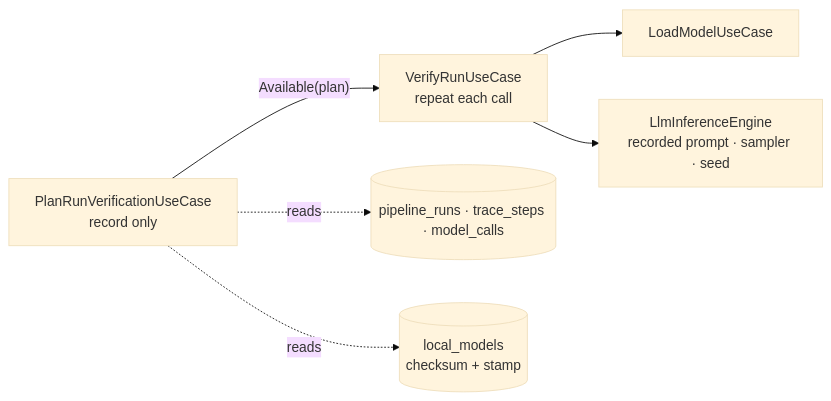
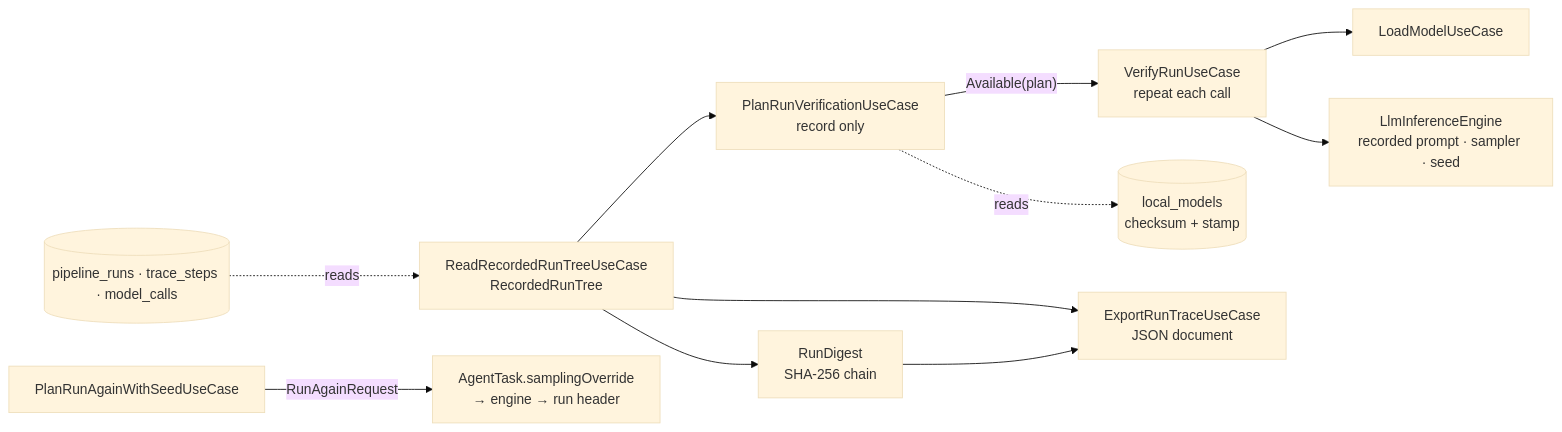
Before and after one commit to alexeyw/knotwork: the sixth of 10 diagrams in docs/architecture.md, drawn with Mermaid (base theme). The commit also changed other lines of this file and 34 other files, not shown here.

First line of the commit message:
feat(runs): export a run's trace, digest it, and start it again with its seed

````diff
--- a/docs/architecture.md
+++ b/docs/architecture.md
@@ -893,8 +893,13 @@
 ```mermaid
 flowchart LR
-    Plan["PlanRunVerificationUseCase<br/>record only"] -- "Available(plan)" --> Verify["VerifyRunUseCase<br/>repeat each call"]
-    Plan -. reads .-> Record[("pipeline_runs · trace_steps · model_calls")]
+    Record[("pipeline_runs · trace_steps · model_calls")] -. reads .-> Tree["ReadRecordedRunTreeUseCase<br/>RecordedRunTree"]
+    Tree --> Plan["PlanRunVerificationUseCase<br/>record only"]
+    Plan -- "Available(plan)" --> Verify["VerifyRunUseCase<br/>repeat each call"]
     Plan -. reads .-> Registry[("local_models<br/>checksum + stamp")]
     Verify --> Load["LoadModelUseCase"]
     Verify --> Engine["LlmInferenceEngine<br/>recorded prompt · sampler · seed"]
+    Tree --> Digest["RunDigest<br/>SHA-256 chain"]
+    Tree --> Export["ExportRunTraceUseCase<br/>JSON document"]
+    Digest --> Export
+    Again["PlanRunAgainWithSeedUseCase"] -- "RunAgainRequest" --> Queue["AgentTask.samplingOverride<br/>→ engine → run header"]
 ```
````
